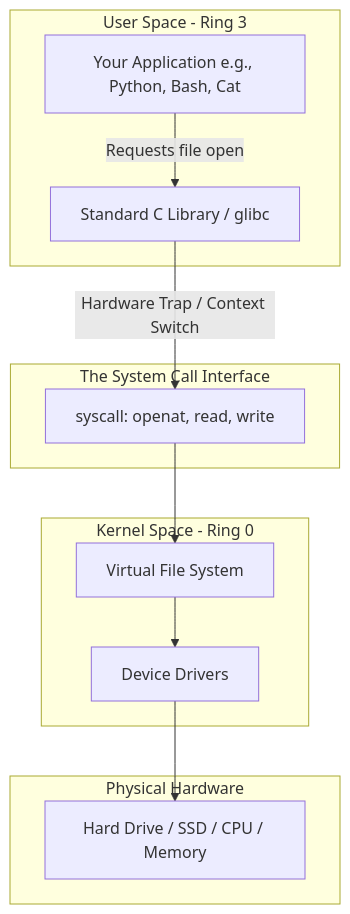
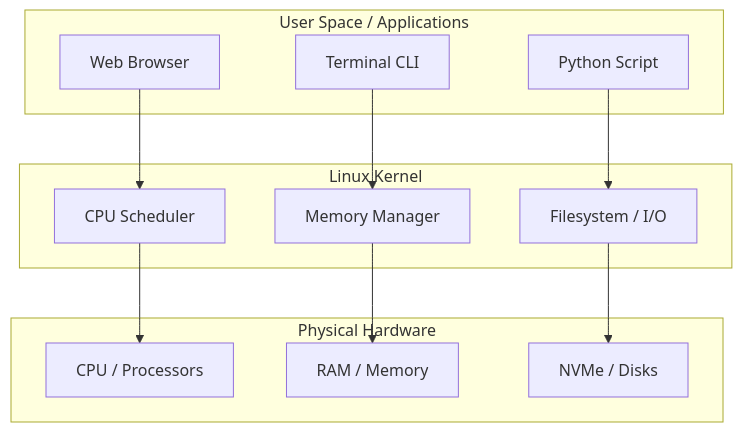
The diagram in output/generated/module-01/lesson-01.md (aloysiuspattath/platform-engineering-ai-course), drawn with Mermaid before and after one commit. The commit also changed other lines of this file and 687 other files, not shown here.

````diff
--- a/output/generated/module-01/lesson-01.md
+++ b/output/generated/module-01/lesson-01.md
@@ -74,26 +77,28 @@
 ```mermaid
 flowchart TD
-    subgraph UserSpace [User Space - Ring 3]
-        A[Your Application e.g., Python, Bash, Cat]
-        B[Standard C Library / glibc]
-        A -->|Requests file open| B
+    subgraph UserSpace [User Space / Applications]
+        App1[Web Browser]
+        App2[Terminal CLI]
+        App3[Python Script]
     end
 
-    subgraph Boundary [The System Call Interface]
-        C[syscall: openat, read, write]
-    end
-
-    subgraph KernelSpace [Kernel Space - Ring 0]
-        D[Virtual File System]
-        E[Device Drivers]
+    subgraph KernelSpace [Linux Kernel]
+        K_Sched[CPU Scheduler]
+        K_Mem[Memory Manager]
+        K_VFS[Filesystem / I/O]
     end
 
     subgraph Hardware [Physical Hardware]
-        F[Hard Drive / SSD / CPU / Memory]
+        HW_CPU[CPU / Processors]
+        HW_RAM[RAM / Memory]
+        HW_DISK[NVMe / Disks]
     end
 
-    B -->|Hardware Trap / Context Switch| C
-    C --> D
-    D --> E
-    E --> F
+    App1 --> K_Sched
+    App2 --> K_Mem
+    App3 --> K_VFS
+
+    K_Sched --> HW_CPU
+    K_Mem --> HW_RAM
+    K_VFS --> HW_DISK
 ```
````
